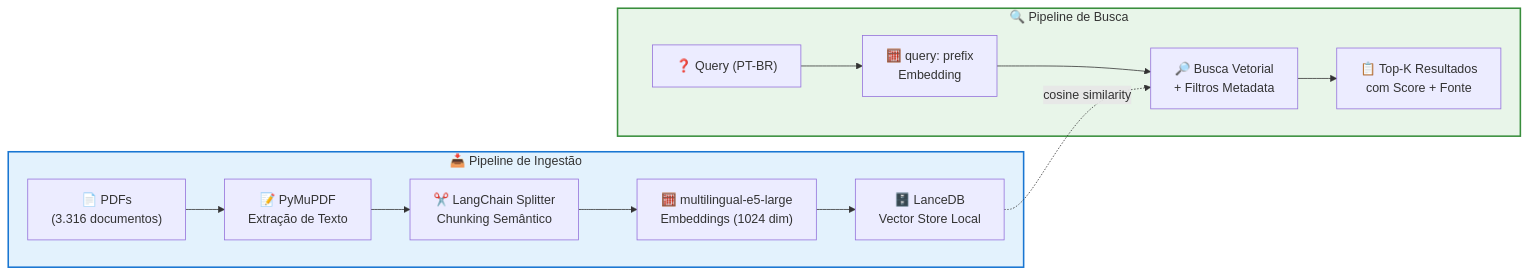
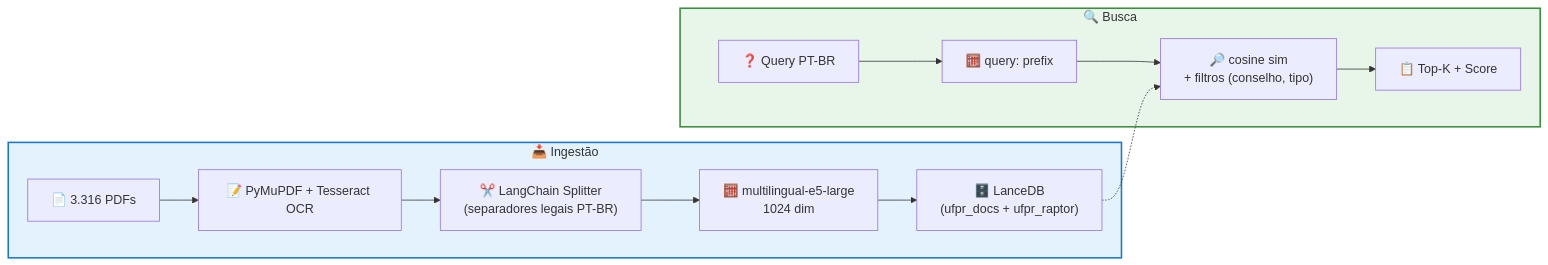
One commit to lucasmsorrentino/automation_nanobot changed the third of 3 diagrams in ufpr_automation/ARCHITECTURE.md. Above: the diagram before and after it, drawn with Mermaid. The commit also changed other lines of this file and 4 other files, not shown here.

````diff
--- a/ufpr_automation/ARCHITECTURE.md
+++ b/ufpr_automation/ARCHITECTURE.md
@@ -128,26 +100,24 @@
 ```mermaid
 graph LR
-    subgraph INGEST["📥 Pipeline de Ingestão"]
-        PDF["📄 PDFs<br/>(3.316 documentos)"]
-        EXTRACT["📝 PyMuPDF<br/>Extração de Texto"]
-        CHUNK["✂️ LangChain Splitter<br/>Chunking Semântico"]
-        EMBED["🧮 multilingual-e5-large<br/>Embeddings (1024 dim)"]
-        STORE["🗄️ LanceDB<br/>Vector Store Local"]
-
+    subgraph INGEST["📥 Ingestão"]
+        PDF["📄 3.316 PDFs"]
+        EXTRACT["📝 PyMuPDF + Tesseract OCR"]
+        CHUNK["✂️ LangChain Splitter<br/>(separadores legais PT-BR)"]
+        EMBED["🧮 multilingual-e5-large<br/>1024 dim"]
+        STORE["🗄️ LanceDB<br/>(ufpr_docs + ufpr_raptor)"]
         PDF --> EXTRACT --> CHUNK --> EMBED --> STORE
     end
 
-    subgraph RETRIEVE["🔍 Pipeline de Busca"]
-        QUERY["❓ Query (PT-BR)"]
-        QEMBED["🧮 query: prefix<br/>Embedding"]
-        SEARCH["🔎 Busca Vetorial<br/>+ Filtros Metadata"]
-        RESULTS["📋 Top-K Resultados<br/>com Score + Fonte"]
-
+    subgraph RETRIEVE["🔍 Busca"]
+        QUERY["❓ Query PT-BR"]
+        QEMBED["🧮 query: prefix"]
+        SEARCH["🔎 cosine sim<br/>+ filtros (conselho, tipo)"]
+        RESULTS["📋 Top-K + Score"]
         QUERY --> QEMBED --> SEARCH --> RESULTS
     end
 
-    STORE -.->|"cosine similarity"| SEARCH
+    STORE -.-> SEARCH
 
     style INGEST fill:#e3f2fd,stroke:#1976d2,stroke-width:2px
     style RETRIEVE fill:#e8f5e9,stroke:#388e3c,stroke-width:2px
 ```
````
